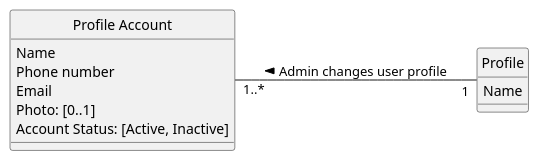
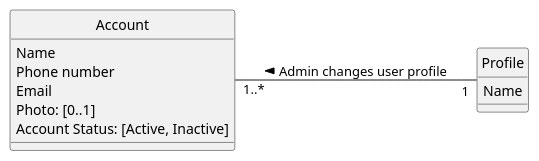
Before and after one commit to ivo-menezes/project_g3: the diagram in docs/modelling_design/user_stories/us003/US003_ChangeProfileDMD.puml, drawn with PlantUML. The commit also changed 4 other files, not shown here.

```diff
--- a/docs/modelling_design/user_stories/us003/US003_ChangeProfileDMD.puml
+++ b/docs/modelling_design/user_stories/us003/US003_ChangeProfileDMD.puml
@@ -1,20 +1,20 @@
 @startuml
 skinparam style strictuml
 left to right direction
 skinparam groupInheritance 3
 
- class "Profile Account" {
+ class "Account" {
    Name
    Phone number
    Email
    Photo: [0..1]
    'the [0..1] in Photo indicates an optional value, see Craig 2004, p.121
    Account Status: [Active, Inactive]
  }
 
  class Profile {
  Name
  }
 
-"Profile Account" "1..*" -- "1" Profile: Admin changes user profile <
+"Account" "1..*" -- "1" Profile: Admin changes user profile <
 @enduml
```
